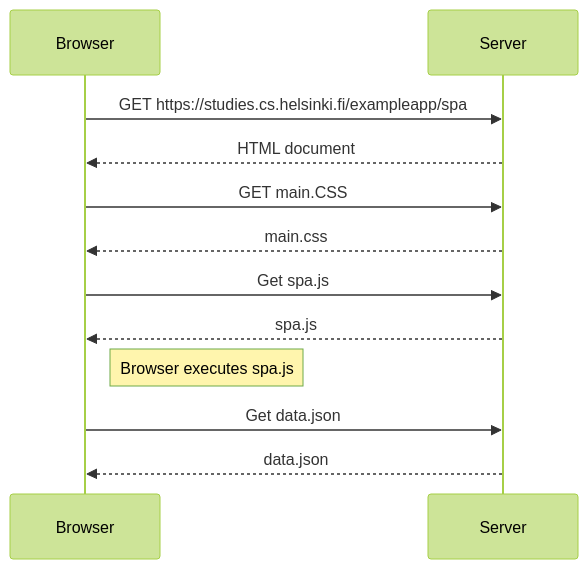
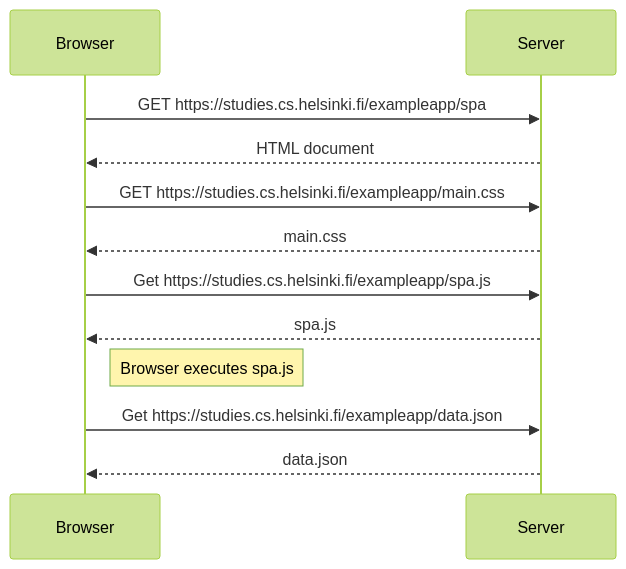
One commit to TNiemelainen/fullstackopenpalautukset changed the diagram in osa0/0.5: Single Page App.md. Above: the diagram before and after it, drawn with Mermaid (forest theme).

Commit message:
Final Answer v2

````diff
--- a/osa0/0.5: Single Page App.md
+++ b/osa0/0.5: Single Page App.md
@@ -1,12 +1,12 @@
 ```mermaid
 sequenceDiagram
     Browser ->> Server: GET https://studies.cs.helsinki.fi/exampleapp/spa
     Server -->> Browser: HTML document
-    Browser ->> Server: GET main.CSS
+    Browser ->> Server: GET https://studies.cs.helsinki.fi/exampleapp/main.css
     Server -->> Browser: main.css
-    Browser ->> Server: Get spa.js
+    Browser ->> Server: Get https://studies.cs.helsinki.fi/exampleapp/spa.js
     Server -->> Browser: spa.js
     note right of Browser: Browser executes spa.js
-    Browser ->> Server: Get data.json
+    Browser ->> Server: Get https://studies.cs.helsinki.fi/exampleapp/data.json
     Server -->> Browser: data.json
 ```
````
